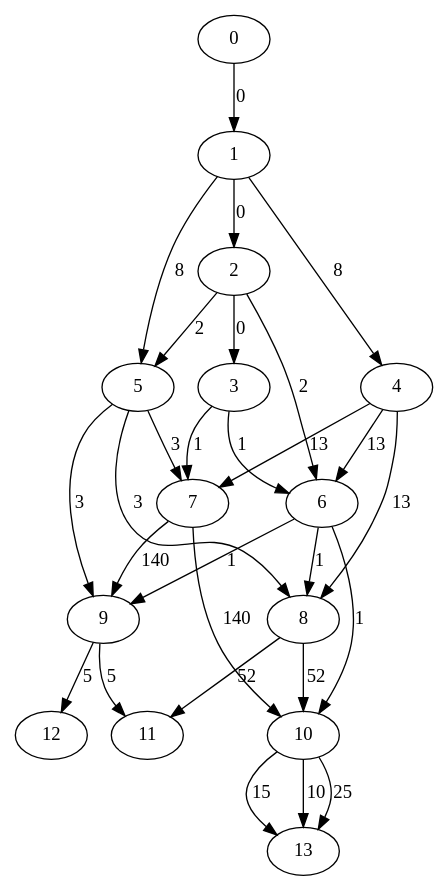
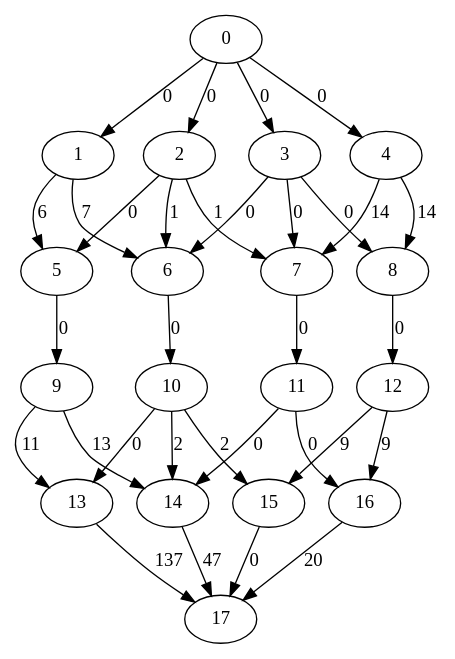
The diagram in graph.dot (giang2u/L3_mod-lisation), drawn with Graphviz before and after one commit. The commit also changed 10 other files, not shown here.

```diff
--- a/graph.dot
+++ b/graph.dot
@@ -1,29 +1,33 @@
 digraph G{
 0->1[label="0"];
-1->2[label="0"];
-1->4[label="8"];
-1->5[label="8"];
-2->3[label="0"];
-2->5[label="2"];
-2->6[label="2"];
-3->6[label="1"];
-3->7[label="1"];
-4->6[label="13"];
-4->7[label="13"];
-4->8[label="13"];
-5->7[label="3"];
-5->8[label="3"];
-5->9[label="3"];
-6->8[label="1"];
-6->9[label="1"];
-6->10[label="1"];
-7->9[label="140"];
-7->10[label="140"];
-8->10[label="52"];
-8->11[label="52"];
-9->11[label="5"];
-9->12[label="5"];
-10->13[label="15"];
-10->13[label="10"];
-10->13[label="25"];
+0->2[label="0"];
+0->3[label="0"];
+0->4[label="0"];
+1->5[label="6"];
+1->6[label="7"];
+2->5[label="0"];
+2->6[label="1"];
+2->7[label="1"];
+3->6[label="0"];
+3->7[label="0"];
+3->8[label="0"];
+4->7[label="14"];
+4->8[label="14"];
+5->9[label="0"];
+6->10[label="0"];
+7->11[label="0"];
+8->12[label="0"];
+9->13[label="11"];
+9->14[label="13"];
+10->13[label="0"];
+10->14[label="2"];
+10->15[label="2"];
+11->14[label="0"];
+11->16[label="0"];
+12->15[label="9"];
+12->16[label="9"];
+13->17[label="137"];
+14->17[label="47"];
+15->17[label="0"];
+16->17[label="20"];
 }
```
